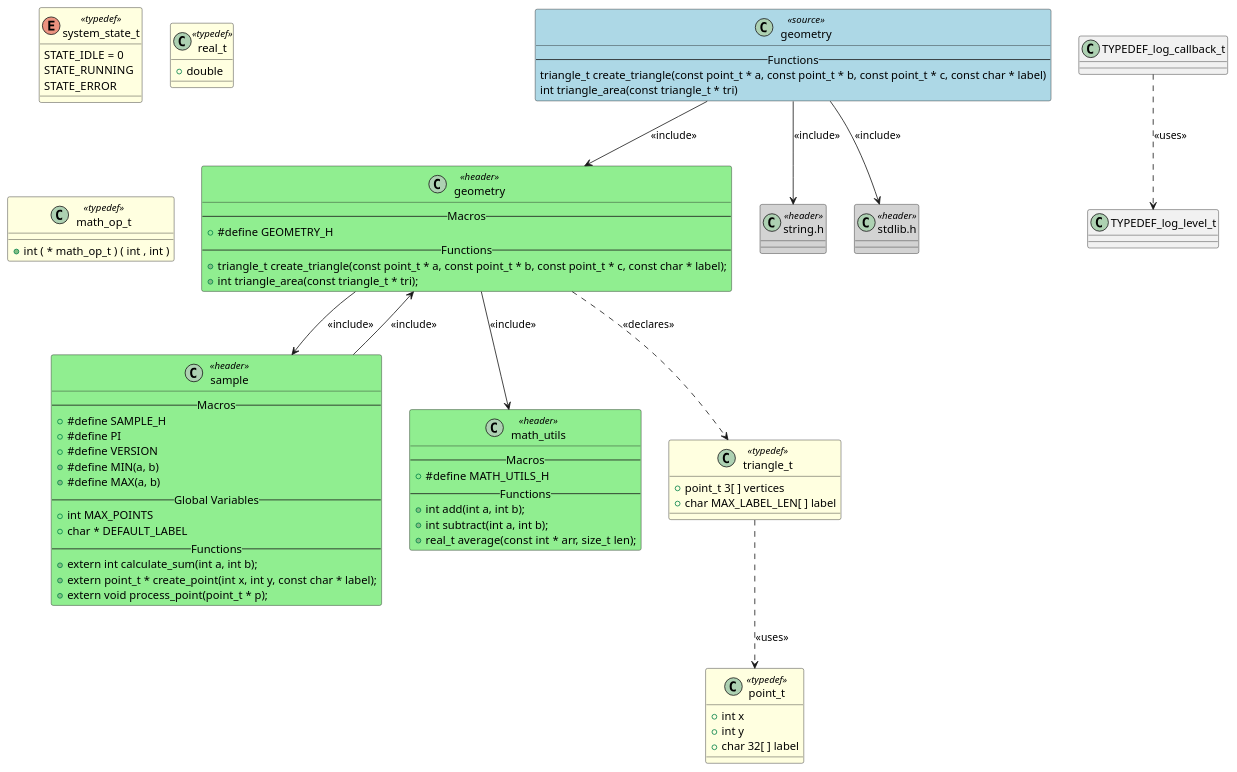
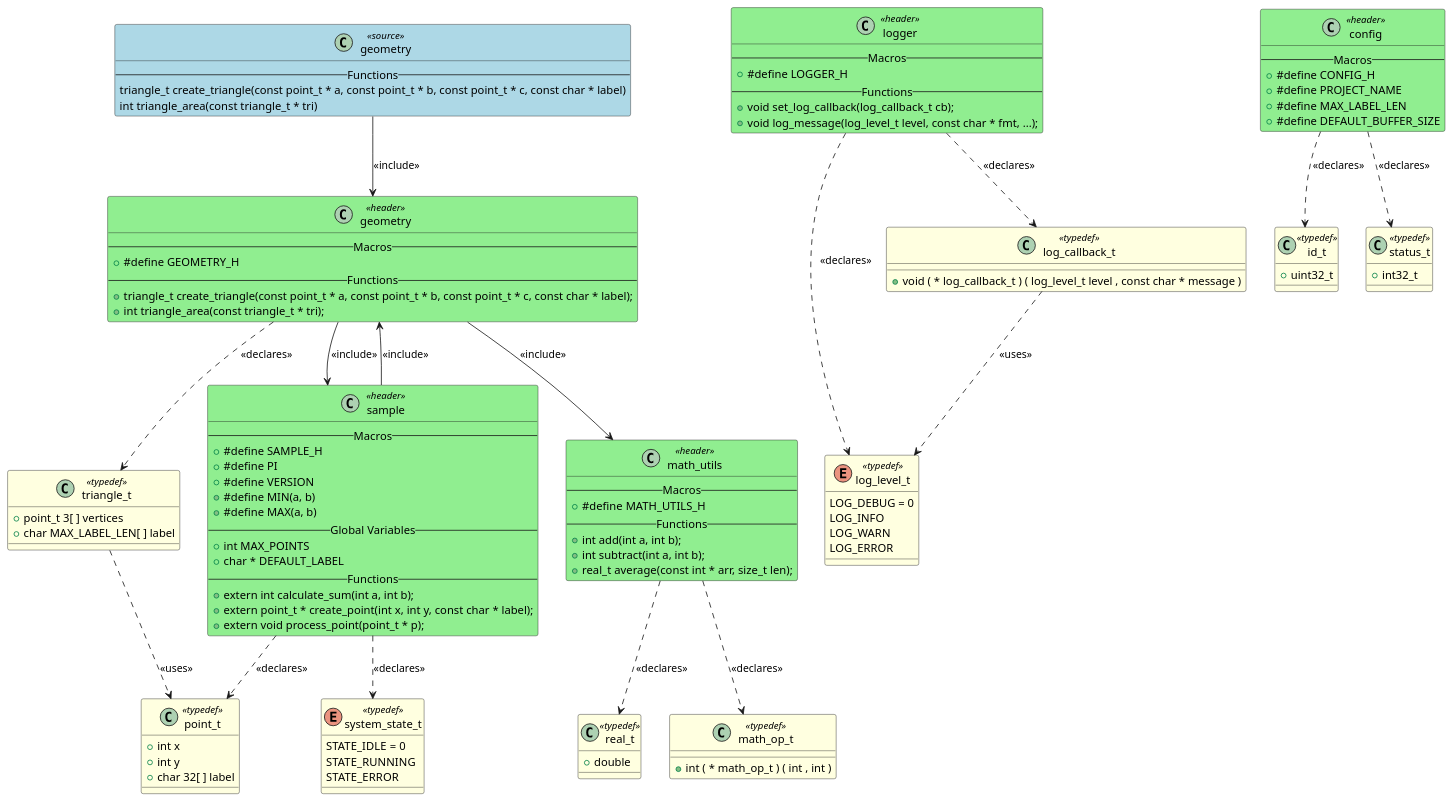
Before and after one commit to fischerjooo/c2puml: the diagram in output/geometry.puml, drawn with PlantUML. The commit also changed 13 other files, not shown here.

```diff
--- a/output/geometry.puml
+++ b/output/geometry.puml
@@ -1,91 +1,128 @@
 @startuml geometry
 
 class "geometry" as GEOMETRY <<source>> #LightBlue
 {
 -- Functions --
 triangle_t create_triangle(const point_t * a, const point_t * b, const point_t * c, const char * label)
 int triangle_area(const triangle_t * tri)
+}
+
+class "triangle_t" as TYPEDEF_TRIANGLE_T <<typedef>> #LightYellow
+{
++ point_t 3[ ] vertices
++ char MAX_LABEL_LEN[ ] label
+}
+
+enum "log_level_t" as TYPEDEF_LOG_LEVEL_T <<typedef>> #LightYellow
+{
+LOG_DEBUG = 0
+LOG_INFO
+LOG_WARN
+LOG_ERROR
+}
+
+enum "system_state_t" as TYPEDEF_SYSTEM_STATE_T <<typedef>> #LightYellow
+{
+STATE_IDLE = 0
+STATE_RUNNING
+STATE_ERROR
+}
+
+class "real_t" as TYPEDEF_REAL_T <<typedef>> #LightYellow
+{
++ double
+}
+
+class "id_t" as TYPEDEF_ID_T <<typedef>> #LightYellow
+{
++ uint32_t
+}
+
+class "log_callback_t" as TYPEDEF_LOG_CALLBACK_T <<typedef>> #LightYellow
+{
++ void ( * log_callback_t ) ( log_level_t level , const char * message )
+}
+
+class "point_t" as TYPEDEF_POINT_T <<typedef>> #LightYellow
+{
++ int x
++ int y
++ char 32[ ] label
+}
+
+class "status_t" as TYPEDEF_STATUS_T <<typedef>> #LightYellow
+{
++ int32_t
+}
+
+class "math_op_t" as TYPEDEF_MATH_OP_T <<typedef>> #LightYellow
+{
++ int ( * math_op_t ) ( int , int )
 }
 
 class "geometry" as HEADER_GEOMETRY <<header>> #LightGreen
 {
 -- Macros --
 + #define GEOMETRY_H
 -- Functions --
 + triangle_t create_triangle(const point_t * a, const point_t * b, const point_t * c, const char * label);
 + int triangle_area(const triangle_t * tri);
 }
-class "string.h" as HEADER_STRING <<header>> #LightGray
-{
-}
-
-class "stdlib.h" as HEADER_STDLIB <<header>> #LightGray
-{
-}
-
 class "sample" as HEADER_SAMPLE <<header>> #LightGreen
 {
 -- Macros --
 + #define SAMPLE_H
 + #define PI
 + #define VERSION
 + #define MIN(a, b)
 + #define MAX(a, b)
 -- Global Variables --
 + int MAX_POINTS
 + char * DEFAULT_LABEL
 -- Functions --
 + extern int calculate_sum(int a, int b);
 + extern point_t * create_point(int x, int y, const char * label);
 + extern void process_point(point_t * p);
 }
+class "logger" as HEADER_LOGGER <<header>> #LightGreen
+{
+-- Macros --
++ #define LOGGER_H
+-- Functions --
++ void set_log_callback(log_callback_t cb);
++ void log_message(log_level_t level, const char * fmt, ...);
+}
+class "config" as HEADER_CONFIG <<header>> #LightGreen
+{
+-- Macros --
++ #define CONFIG_H
++ #define PROJECT_NAME
++ #define MAX_LABEL_LEN
++ #define DEFAULT_BUFFER_SIZE
+}
 class "math_utils" as HEADER_MATH_UTILS <<header>> #LightGreen
 {
 -- Macros --
 + #define MATH_UTILS_H
 -- Functions --
 + int add(int a, int b);
 + int subtract(int a, int b);
 + real_t average(const int * arr, size_t len);
 }
-class "triangle_t" as TYPEDEF_triangle_t <<typedef>> #LightYellow
-{
-+ point_t 3[ ] vertices
-+ char MAX_LABEL_LEN[ ] label
-}
-
-class "point_t" as TYPEDEF_point_t <<typedef>> #LightYellow
-{
-+ int x
-+ int y
-+ char 32[ ] label
-}
-
-enum "system_state_t" as TYPEDEF_system_state_t <<typedef>> #LightYellow
-{
-STATE_IDLE = 0
-STATE_RUNNING
-STATE_ERROR
-}
-
-class "real_t" as TYPEDEF_real_t <<typedef>> #LightYellow
-{
-+ double
-}
-
-class "math_op_t" as TYPEDEF_math_op_t <<typedef>> #LightYellow
-{
-+ int ( * math_op_t ) ( int , int )
-}
-
 GEOMETRY --> HEADER_GEOMETRY : <<include>>
-GEOMETRY --> HEADER_STRING : <<include>>
-GEOMETRY --> HEADER_STDLIB : <<include>>
 HEADER_GEOMETRY --> HEADER_SAMPLE : <<include>>
 HEADER_GEOMETRY --> HEADER_MATH_UTILS : <<include>>
 HEADER_SAMPLE --> HEADER_GEOMETRY : <<include>>
-HEADER_GEOMETRY ..> TYPEDEF_triangle_t : <<declares>>
-TYPEDEF_triangle_t ..> TYPEDEF_point_t : <<uses>>
-TYPEDEF_log_callback_t ..> TYPEDEF_log_level_t : <<uses>>
+HEADER_GEOMETRY ..> TYPEDEF_TRIANGLE_T : <<declares>>
+TYPEDEF_TRIANGLE_T ..> TYPEDEF_POINT_T : <<uses>>
+TYPEDEF_LOG_CALLBACK_T ..> TYPEDEF_LOG_LEVEL_T : <<uses>>
+HEADER_SAMPLE ..> TYPEDEF_POINT_T : <<declares>>
+HEADER_SAMPLE ..> TYPEDEF_SYSTEM_STATE_T : <<declares>>
+HEADER_CONFIG ..> TYPEDEF_ID_T : <<declares>>
+HEADER_CONFIG ..> TYPEDEF_STATUS_T : <<declares>>
+HEADER_LOGGER ..> TYPEDEF_LOG_LEVEL_T : <<declares>>
+HEADER_LOGGER ..> TYPEDEF_LOG_CALLBACK_T : <<declares>>
+HEADER_MATH_UTILS ..> TYPEDEF_REAL_T : <<declares>>
+HEADER_MATH_UTILS ..> TYPEDEF_MATH_OP_T : <<declares>>
 
 @enduml
```
